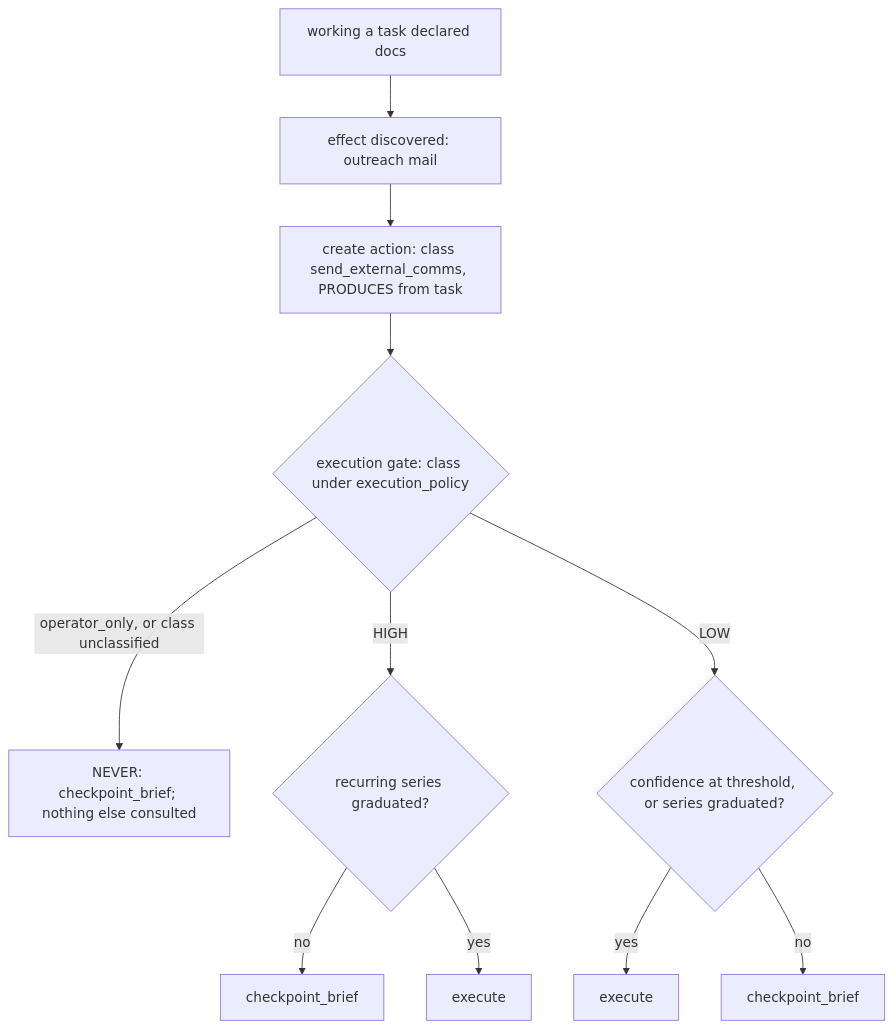
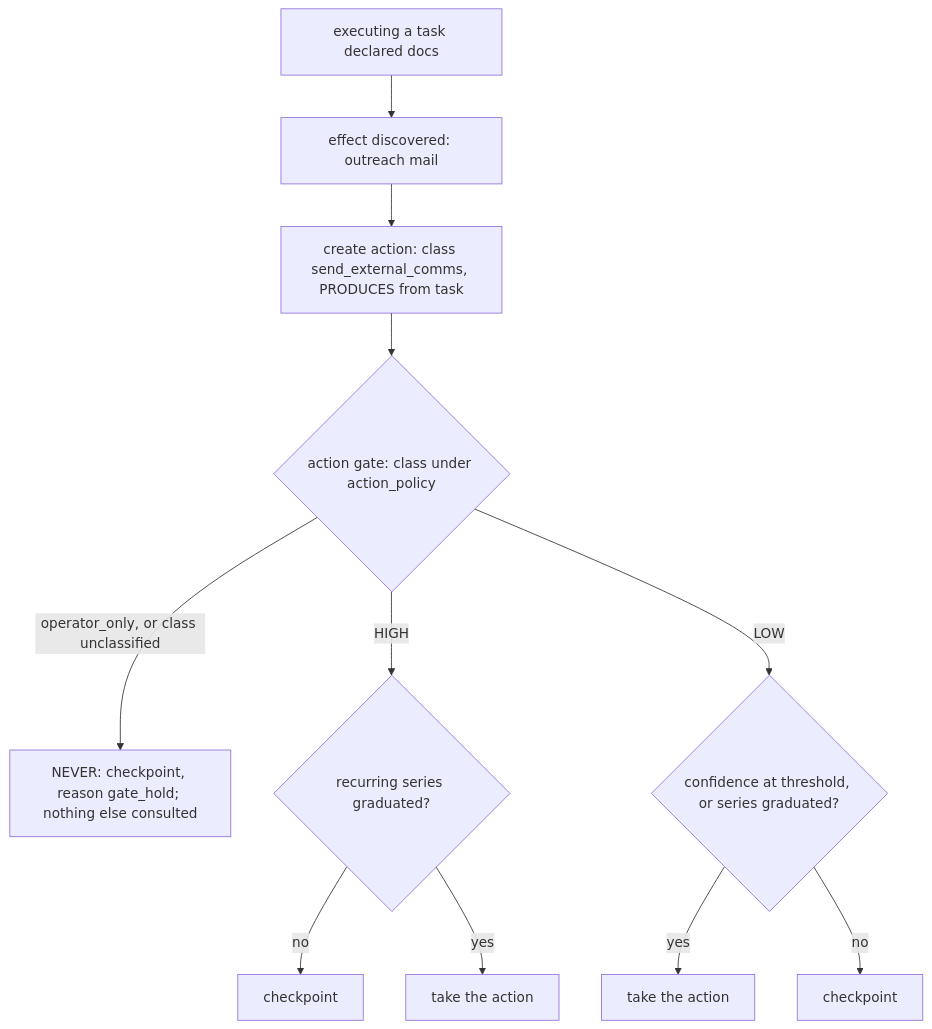
The fourth of 6 diagrams in docs/foundation/scenarios_extended.md (markmhendrickson/ateles), drawn with Mermaid before and after one commit. The commit also changed other lines of this file and 15 other files, not shown here.

````diff
--- a/docs/foundation/scenarios_extended.md
+++ b/docs/foundation/scenarios_extended.md
@@ -108,13 +111,13 @@
 ```mermaid
 flowchart TD
-    W[working a task declared docs] --> D[effect discovered: outreach mail]
+    W[executing a task declared docs] --> D[effect discovered: outreach mail]
     D --> A[create action: class send_external_comms, PRODUCES from task]
-    A --> G{execution gate: class under execution_policy}
-    G -->|operator_only, or class unclassified| N[NEVER: checkpoint_brief; nothing else consulted]
+    A --> G{action gate: class under action_policy}
+    G -->|operator_only, or class unclassified| N[NEVER: checkpoint, reason gate_hold; nothing else consulted]
     G -->|HIGH| H{recurring series graduated?}
-    H -->|no| HB[checkpoint_brief]
-    H -->|yes| HX[execute]
+    H -->|no| HB[checkpoint]
+    H -->|yes| HX[take the action]
     G -->|LOW| L{confidence at threshold, or series graduated?}
-    L -->|yes| LX[execute]
-    L -->|no| LB[checkpoint_brief]
+    L -->|yes| LX[take the action]
+    L -->|no| LB[checkpoint]
 ```
````
